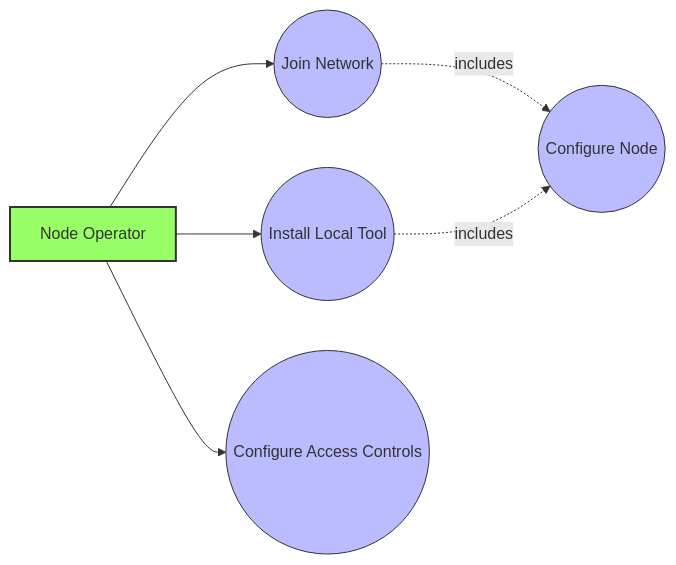
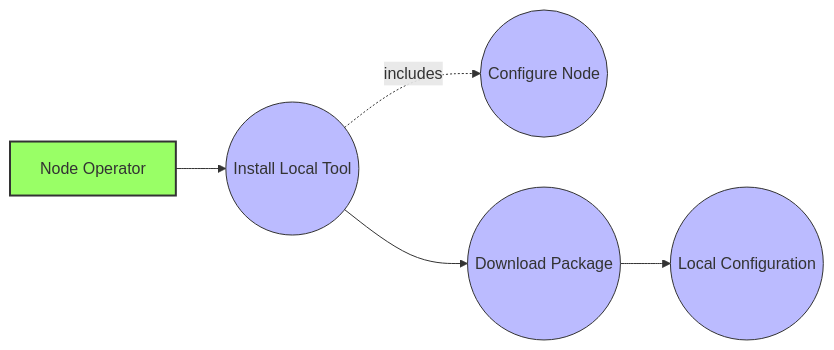
The eighth of 16 diagrams in use-cases.md (o2alexanderfedin/decentralized-mcp-registry), drawn with Mermaid before and after one commit. The commit also changed other lines of this file, not shown here.

Commit message:
Update use cases with comprehensive diagrams

````diff
--- a/use-cases.md
+++ b/use-cases.md
@@ -103,14 +179,13 @@
 ```mermaid
 graph LR
-    O[Node Operator] --> UC1((Join Network))
-    O --> UC2((Install Local Tool))
-    O --> UC3((Configure Access Controls))
-    UC1 -.includes.-> UC4((Configure Node))
-    UC2 -.includes.-> UC4
+    O[Node Operator] --> UC1((Install Local Tool))
+    UC1 -.includes.-> UC2((Configure Node))
+    UC1 --> UC3((Download Package))
+    UC3 --> UC4((Local Configuration))
     
     style O fill:#9f6,stroke:#333,stroke-width:2px
     style UC1 fill:#bbf,stroke:#333,stroke-width:1px
     style UC2 fill:#bbf,stroke:#333,stroke-width:1px
     style UC3 fill:#bbf,stroke:#333,stroke-width:1px
     style UC4 fill:#bbf,stroke:#333,stroke-width:1px
 ```
````
